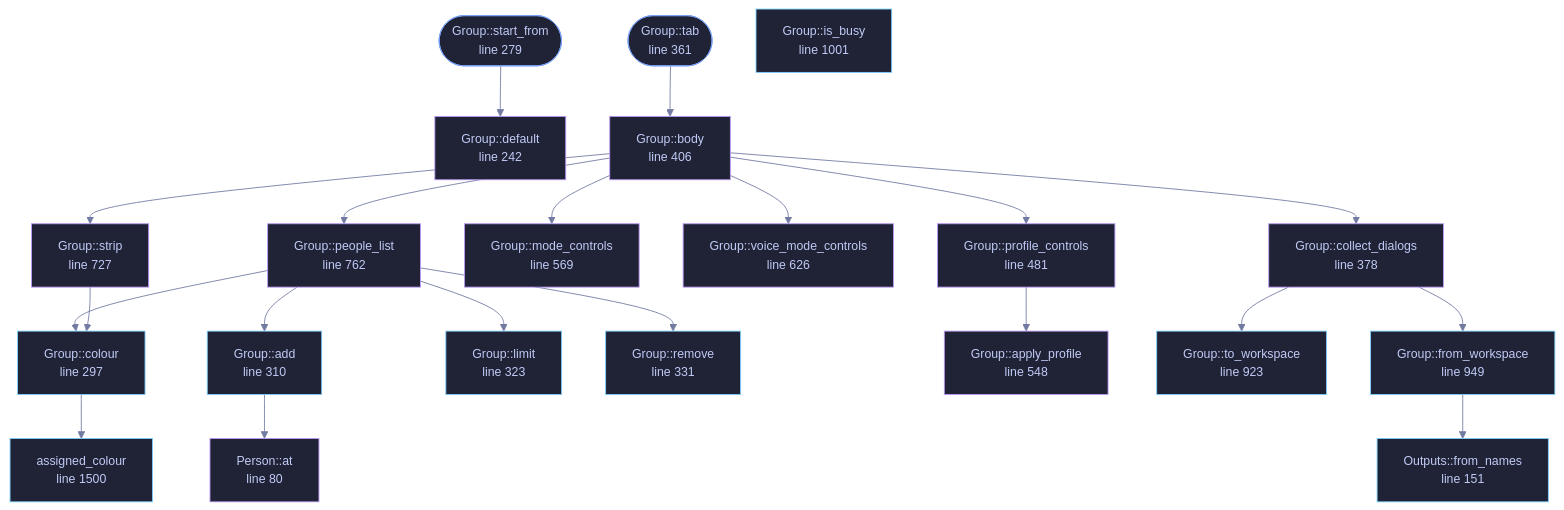
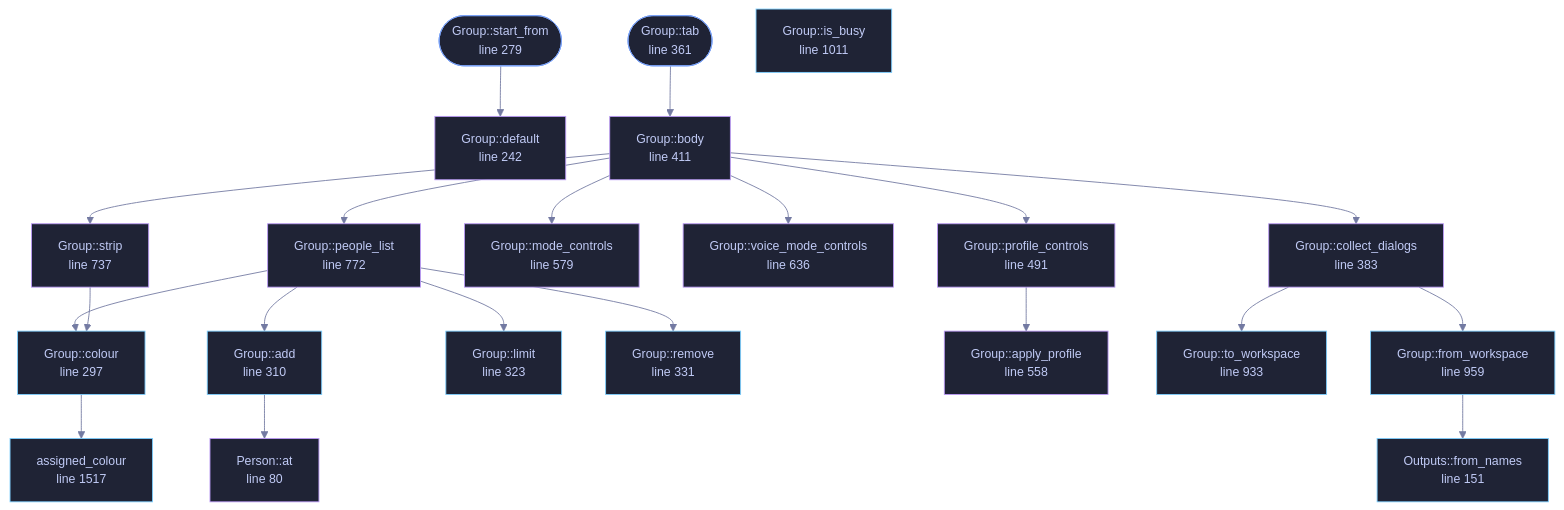
One commit to tilas01/veilvoice changed the diagram in docs/files/veilvoice-gui/group.md. Above: the diagram before and after it, drawn with Mermaid. The commit also changed other lines of this file and 92 other files, not shown here.

````diff
--- a/docs/files/veilvoice-gui/group.md
+++ b/docs/files/veilvoice-gui/group.md
@@ -125,73 +125,73 @@
 ```mermaid
 %%{init: {"theme":"base","themeVariables":{"background":"#1a1b26","primaryColor":"#1f2335","primaryTextColor":"#c0caf5","primaryBorderColor":"#7aa2f7","secondaryColor":"#16161e","tertiaryColor":"#16161e","lineColor":"#737aa2","textColor":"#c0caf5","mainBkg":"#1f2335","nodeBorder":"#7aa2f7","clusterBkg":"#16161e","clusterBorder":"#2f3549","fontFamily":"ui-monospace, SFMono-Regular, Consolas, monospace","fontSize":"14px"}}}%%
 flowchart TD
     n_at["Person::at<br/>line 80"]
     n_default["Outputs::default<br/>line 112"]
     n_from_names["Outputs::from_names<br/>line 151"]
     n_default["Group::default<br/>line 242"]
     n_start_from(["Group::start_from<br/>line 279"])
     n_colour["Group::colour<br/>line 297"]
     n_add["Group::add<br/>line 310"]
     n_limit["Group::limit<br/>line 323"]
     n_remove["Group::remove<br/>line 331"]
     n_tab(["Group::tab<br/>line 361"])
-    n_collect_dialogs["Group::collect_dialogs<br/>line 378"]
-    n_body["Group::body<br/>line 406"]
-    n_profile_controls["Group::profile_controls<br/>line 481"]
-    n_apply_profile["Group::apply_profile<br/>line 548"]
-    n_mode_controls["Group::mode_controls<br/>line 569"]
-    n_voice_mode_controls["Group::voice_mode_controls<br/>line 626"]
-    n_strip["Group::strip<br/>line 727"]
-    n_people_list["Group::people_list<br/>line 762"]
-    n_to_workspace["Group::to_workspace<br/>line 923"]
-    n_from_workspace["Group::from_workspace<br/>line 949"]
-    n_is_busy["Group::is_busy<br/>line 1001"]
-    n_assigned_colour["assigned_colour<br/>line 1500"]
+    n_collect_dialogs["Group::collect_dialogs<br/>line 383"]
+    n_body["Group::body<br/>line 411"]
+    n_profile_controls["Group::profile_controls<br/>line 491"]
+    n_apply_profile["Group::apply_profile<br/>line 558"]
+    n_mode_controls["Group::mode_controls<br/>line 579"]
+    n_voice_mode_controls["Group::voice_mode_controls<br/>line 636"]
+    n_strip["Group::strip<br/>line 737"]
+    n_people_list["Group::people_list<br/>line 772"]
+    n_to_workspace["Group::to_workspace<br/>line 933"]
+    n_from_workspace["Group::from_workspace<br/>line 959"]
+    n_is_busy["Group::is_busy<br/>line 1011"]
+    n_assigned_colour["assigned_colour<br/>line 1517"]
     n_add --> n_at
     n_body --> n_collect_dialogs
     n_body --> n_mode_controls
     n_body --> n_people_list
     n_body --> n_profile_controls
     n_body --> n_strip
     n_body --> n_voice_mode_controls
     n_collect_dialogs --> n_from_workspace
     n_collect_dialogs --> n_to_workspace
     n_colour --> n_assigned_colour
     n_from_workspace --> n_from_names
     n_people_list --> n_add
     n_people_list --> n_colour
     n_people_list --> n_limit
     n_people_list --> n_remove
     n_profile_controls --> n_apply_profile
     n_start_from --> n_default
     n_strip --> n_colour
     n_tab --> n_body
     click n_at href "https://github.com/tilas01/veilvoice/blob/main/crates/veilvoice-gui/src/group.rs#L80" "open the source"
     click n_default href "https://github.com/tilas01/veilvoice/blob/main/crates/veilvoice-gui/src/group.rs#L112" "open the source"
     click n_from_names href "https://github.com/tilas01/veilvoice/blob/main/crates/veilvoice-gui/src/group.rs#L151" "open the source"
     click n_default href "https://github.com/tilas01/veilvoice/blob/main/crates/veilvoice-gui/src/group.rs#L242" "open the source"
     click n_start_from href "https://github.com/tilas01/veilvoice/blob/main/crates/veilvoice-gui/src/group.rs#L279" "open the source"
     click n_colour href "https://github.com/tilas01/veilvoice/blob/main/crates/veilvoice-gui/src/group.rs#L297" "open the source"
     click n_add href "https://github.com/tilas01/veilvoice/blob/main/crates/veilvoice-gui/src/group.rs#L310" "open the source"
     click n_limit href "https://github.com/tilas01/veilvoice/blob/main/crates/veilvoice-gui/src/group.rs#L323" "open the source"
     click n_remove href "https://github.com/tilas01/veilvoice/blob/main/crates/veilvoice-gui/src/group.rs#L331" "open the source"
     click n_tab href "https://github.com/tilas01/veilvoice/blob/main/crates/veilvoice-gui/src/group.rs#L361" "open the source"
-    click n_collect_dialogs href "https://github.com/tilas01/veilvoice/blob/main/crates/veilvoice-gui/src/group.rs#L378" "open the source"
-    click n_body href "https://github.com/tilas01/veilvoice/blob/main/crates/veilvoice-gui/src/group.rs#L406" "open the source"
-    click n_profile_controls href "https://github.com/tilas01/veilvoice/blob/main/crates/veilvoice-gui/src/group.rs#L481" "open the source"
-    click n_apply_profile href "https://github.com/tilas01/veilvoice/blob/main/crates/veilvoice-gui/src/group.rs#L548" "open the source"
-    click n_mode_controls href "https://github.com/tilas01/veilvoice/blob/main/crates/veilvoice-gui/src/group.rs#L569" "open the source"
-    click n_voice_mode_controls href "https://github.com/tilas01/veilvoice/blob/main/crates/veilvoice-gui/src/group.rs#L626" "open the source"
-    click n_strip href "https://github.com/tilas01/veilvoice/blob/main/crates/veilvoice-gui/src/group.rs#L727" "open the source"
-    click n_people_list href "https://github.com/tilas01/veilvoice/blob/main/crates/veilvoice-gui/src/group.rs#L762" "open the source"
-    click n_to_workspace href "https://github.com/tilas01/veilvoice/blob/main/crates/veilvoice-gui/src/group.rs#L923" "open the source"
-    click n_from_workspace href "https://github.com/tilas01/veilvoice/blob/main/crates/veilvoice-gui/src/group.rs#L949" "open the source"
-    click n_is_busy href "https://github.com/tilas01/veilvoice/blob/main/crates/veilvoice-gui/src/group.rs#L1001" "open the source"
-    click n_assigned_colour href "https://github.com/tilas01/veilvoice/blob/main/crates/veilvoice-gui/src/group.rs#L1500" "open the source"
+    click n_collect_dialogs href "https://github.com/tilas01/veilvoice/blob/main/crates/veilvoice-gui/src/group.rs#L383" "open the source"
+    click n_body href "https://github.com/tilas01/veilvoice/blob/main/crates/veilvoice-gui/src/group.rs#L411" "open the source"
+    click n_profile_controls href "https://github.com/tilas01/veilvoice/blob/main/crates/veilvoice-gui/src/group.rs#L491" "open the source"
+    click n_apply_profile href "https://github.com/tilas01/veilvoice/blob/main/crates/veilvoice-gui/src/group.rs#L558" "open the source"
+    click n_mode_controls href "https://github.com/tilas01/veilvoice/blob/main/crates/veilvoice-gui/src/group.rs#L579" "open the source"
+    click n_voice_mode_controls href "https://github.com/tilas01/veilvoice/blob/main/crates/veilvoice-gui/src/group.rs#L636" "open the source"
+    click n_strip href "https://github.com/tilas01/veilvoice/blob/main/crates/veilvoice-gui/src/group.rs#L737" "open the source"
+    click n_people_list href "https://github.com/tilas01/veilvoice/blob/main/crates/veilvoice-gui/src/group.rs#L772" "open the source"
+    click n_to_workspace href "https://github.com/tilas01/veilvoice/blob/main/crates/veilvoice-gui/src/group.rs#L933" "open the source"
+    click n_from_workspace href "https://github.com/tilas01/veilvoice/blob/main/crates/veilvoice-gui/src/group.rs#L959" "open the source"
+    click n_is_busy href "https://github.com/tilas01/veilvoice/blob/main/crates/veilvoice-gui/src/group.rs#L1011" "open the source"
+    click n_assigned_colour href "https://github.com/tilas01/veilvoice/blob/main/crates/veilvoice-gui/src/group.rs#L1517" "open the source"
     classDef entry fill:#1f2335,stroke:#7aa2f7,color:#c0caf5
     class n_start_from,n_tab entry
     classDef api fill:#1f2335,stroke:#7dcfff,color:#c0caf5
     class n_from_names,n_colour,n_add,n_limit,n_remove,n_to_workspace,n_from_workspace,n_is_busy,n_assigned_colour api
     classDef helper fill:#1f2335,stroke:#bb9af7,color:#c0caf5
     class n_at,n_default,n_default,n_collect_dialogs,n_body,n_profile_controls,n_apply_profile,n_mode_controls,n_voice_mode_controls,n_strip,n_people_list helper
 ```
````
